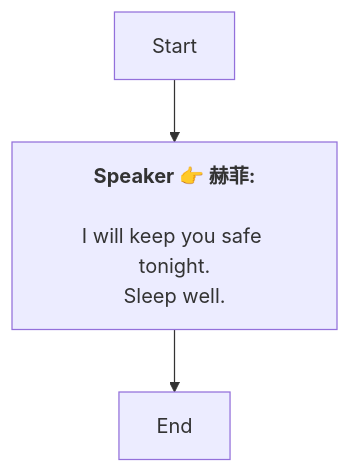
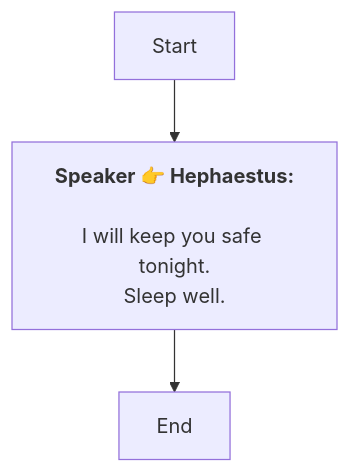
Before and after one commit to SoftHu/tos_avg: the diagram in Zh/Dialog_55387945582623.md, drawn with Mermaid. The commit also changed 737 other files, not shown here.

````diff
--- a/Zh/Dialog_55387945582623.md
+++ b/Zh/Dialog_55387945582623.md
@@ -1,9 +1,8 @@
 ```mermaid
 graph
-Start -->1772414272995475[<b>Speaker 👉 赫菲:</b>
-
-I will keep you safe tonight.
+Start -->1772414272995475[<b>Speaker 👉 Hephaestus:</b>
+\nI will keep you safe tonight.
 Sleep well.]
 1772414272995475 -->1772414272995476[End]
 
- ```
+```
````
